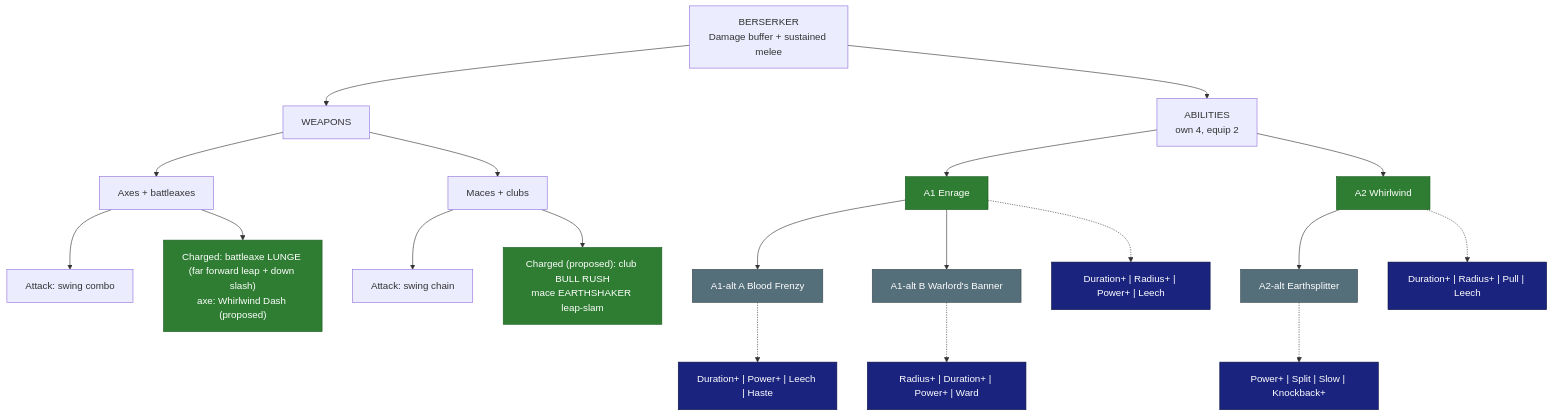
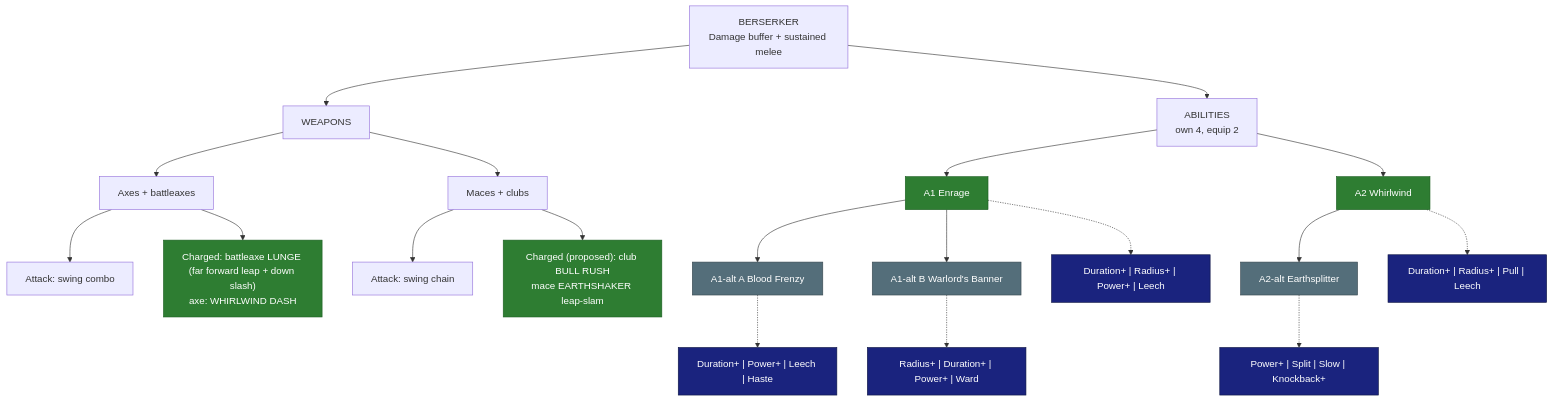
One commit to SkyyPlayz/SkyyWynnBlock changed the diagram in research/classes/Berserker.md. Above: the diagram before and after it, drawn with Mermaid. The commit also changed other lines of this file and 5 other files, not shown here.

Commit message:
Monk Flowing Form = combo stacks; axes Whirlwind Dash locked (Skyy)

````diff
--- a/research/classes/Berserker.md
+++ b/research/classes/Berserker.md
@@ -16,29 +16,29 @@
 ```mermaid
 flowchart TD
   CLS["BERSERKER<br/>Damage buffer + sustained melee"]
   CLS --> WPN["WEAPONS"]
   CLS --> ABL["ABILITIES<br/>own 4, equip 2"]
   WPN --> AX["Axes + battleaxes"]
   AX --> AXa["Attack: swing combo"]
-  AX --> AXc["Charged: battleaxe LUNGE (far forward leap + down slash)<br/>axe: Whirlwind Dash (proposed)"]
+  AX --> AXc["Charged: battleaxe LUNGE (far forward leap + down slash)<br/>axe: WHIRLWIND DASH"]
   WPN --> MC["Maces + clubs"]
   MC --> MCa["Attack: swing chain"]
   MC --> MCc["Charged (proposed): club BULL RUSH<br/>mace EARTHSHAKER leap-slam"]
   ABL --> A1["A1 Enrage"]
   A1 --> A1A["A1-alt A Blood Frenzy"]
   A1 --> A1B["A1-alt B Warlord's Banner"]
   ABL --> A2["A2 Whirlwind"]
   A2 --> A2X["A2-alt Earthsplitter"]
   A1 -.-> M1["Duration+ | Radius+ | Power+ | Leech"]
   A1A -.-> M2["Duration+ | Power+ | Leech | Haste"]
   A1B -.-> M3["Radius+ | Duration+ | Power+ | Ward"]
   A2 -.-> M4["Duration+ | Radius+ | Pull | Leech"]
   A2X -.-> M5["Power+ | Split | Slow | Knockback+"]
   classDef locked fill:#2e7d32,color:#fff,stroke:#1b5e20
   classDef proposed fill:#546e7a,color:#fff,stroke:#37474f
   classDef open fill:#e65100,color:#fff,stroke:#bf360c
   classDef mods fill:#1a237e,color:#fff,stroke:#0d1442
   class A1,A2,AXc,MCc locked
   class A1A,A1B,A2X proposed
   class M1,M2,M3,M4,M5 mods
 ```
````
